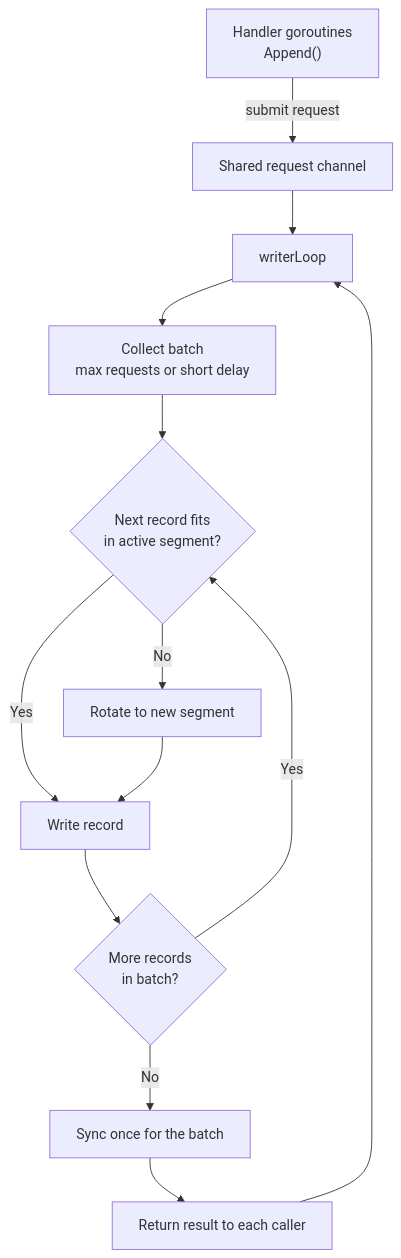
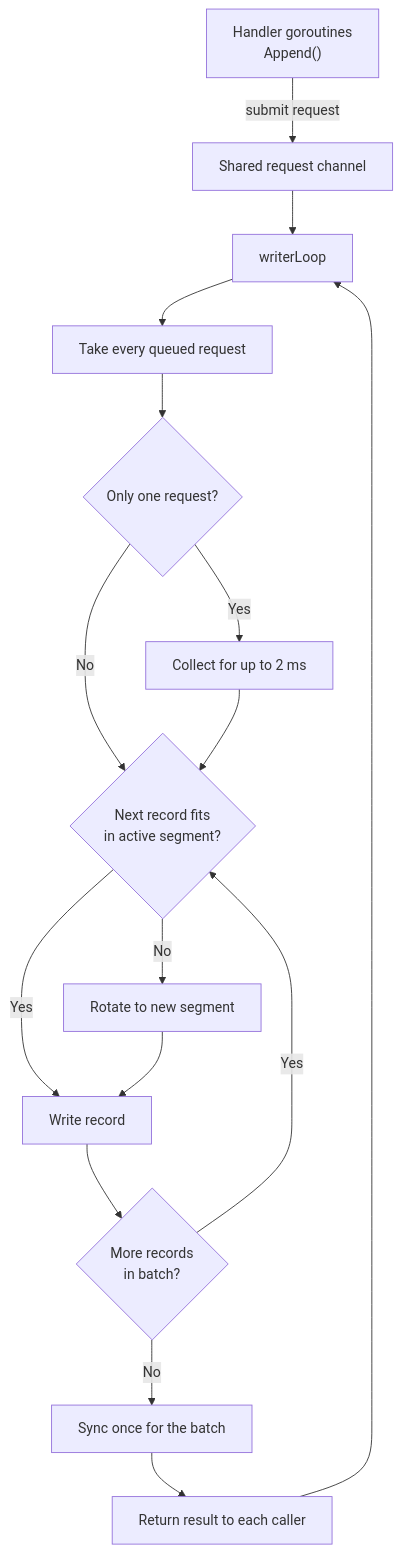
The first of 3 diagrams in docs/wal.md (PratyushVishal11011/Fairgate), drawn with Mermaid before and after one commit. The commit also changed other lines of this file and 10 other files, not shown here.

Commit message:
skip the batch wait when appends are already queued

````diff
--- a/docs/wal.md
+++ b/docs/wal.md
@@ -25,15 +31,18 @@
 ```mermaid
 flowchart TD
     H["Handler goroutines<br/>Append()"] -->|"submit request"| CH["Shared request channel"]
     CH --> WL["writerLoop"]
-    WL --> BT["Collect batch<br/>max requests or short delay"]
-    BT --> SZ{"Next record fits<br/>in active segment?"}
+    WL --> DR["Take every queued request"]
+    DR --> ONE{"Only one request?"}
+    ONE -->|"Yes"| WT["Collect for up to 2 ms"]
+    ONE -->|"No"| SZ{"Next record fits<br/>in active segment?"}
+    WT --> SZ
     SZ -->|"No"| RT["Rotate to new segment"]
     SZ -->|"Yes"| WR["Write record"]
     RT --> WR
     WR --> MORE{"More records<br/>in batch?"}
     MORE -->|"Yes"| SZ
     MORE -->|"No"| SY["Sync once for the batch"]
     SY --> RES["Return result to each caller"]
     RES --> WL
 ```
````
